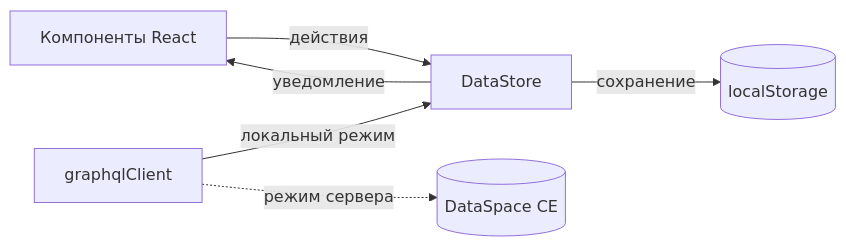
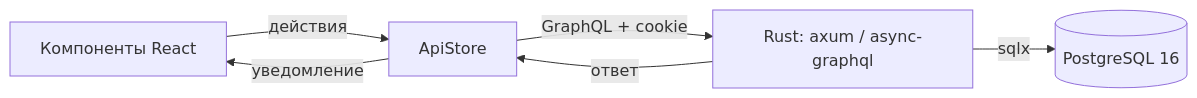
The first of 4 diagrams in README.md (c1nqe/VolontiersDSTU), drawn with Mermaid before and after one commit. The commit also changed other lines of this file and 57 other files, not shown here.

First line of the commit message:
feat: бэкенд на Rust + PostgreSQL, фронтенд подключён к серверу

````diff
--- a/README.md
+++ b/README.md
@@ -120,8 +136,8 @@
 ```mermaid
 flowchart LR
-  UI[Компоненты React] -- действия --> Store[DataStore]
-  Store -- сохранение --> LS[(localStorage)]
+  UI[Компоненты React] -- действия --> Store[ApiStore]
+  Store -- GraphQL + cookie --> API[Rust: axum / async-graphql]
+  API -- sqlx --> PG[(PostgreSQL 16)]
+  API -- ответ --> Store
   Store -- уведомление --> UI
-  GQL[graphqlClient] -- локальный режим --> Store
-  GQL -. режим сервера .-> DS[(DataSpace CE)]
 ```
````
